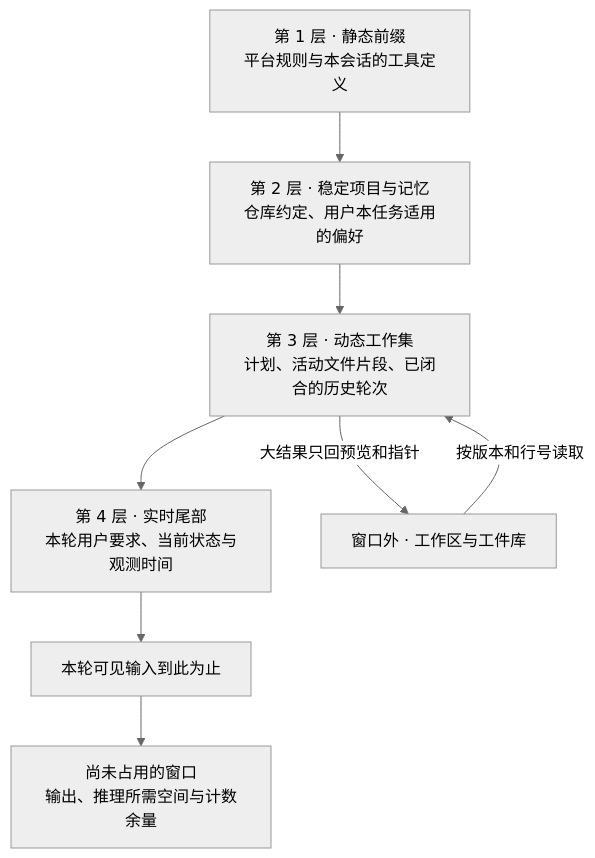
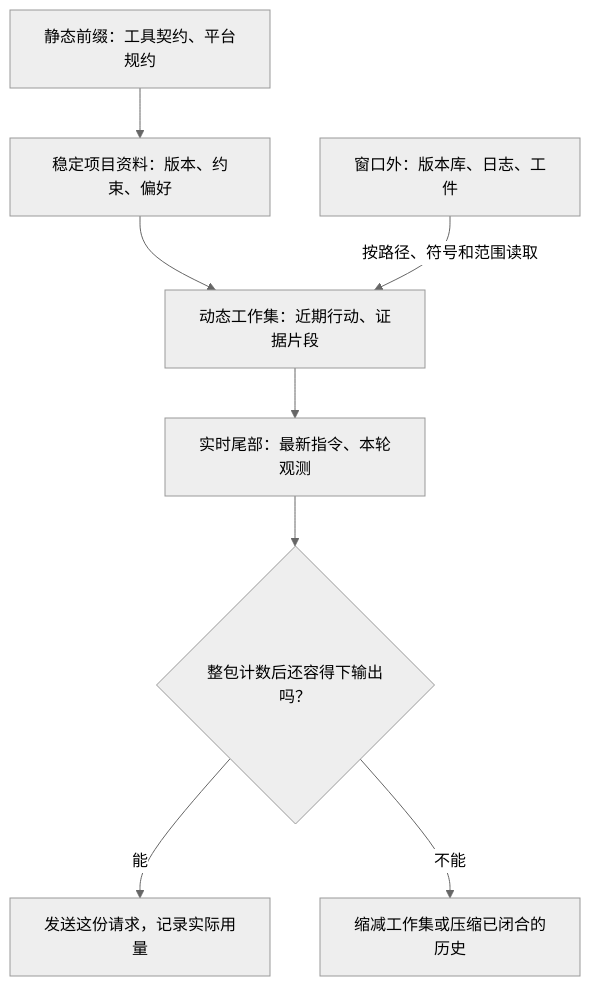
The first of 2 diagrams in 04-context-engineering-and-compaction/01-context-engineering-and-kv-cache.md (echonoshy/agent-engineering-handbook), drawn with Mermaid (neutral theme) before and after one commit. The commit also changed other lines of this file and 21 other files, not shown here.

````diff
--- a/04-context-engineering-and-compaction/01-context-engineering-and-kv-cache.md
+++ b/04-context-engineering-and-compaction/01-context-engineering-and-kv-cache.md
@@ -9,10 +7,10 @@
 ```mermaid
-flowchart TB
-    A["第 1 层 · 静态前缀<br/>平台规则与本会话的工具定义"] --> B["第 2 层 · 稳定项目与记忆<br/>仓库约定、用户本任务适用的偏好"]
-    B --> C["第 3 层 · 动态工作集<br/>计划、活动文件片段、已闭合的历史轮次"]
-    C --> D["第 4 层 · 实时尾部<br/>本轮用户要求、当前状态与观测时间"]
-    D --> E["本轮可见输入到此为止"]
-    E --> F["尚未占用的窗口<br/>输出、推理所需空间与计数余量"]
-    P["窗口外 · 工作区与工件库"] -->|"按版本和行号读取"| C
-    C -->|"大结果只回预览和指针"| P
+flowchart TD
+    A["静态前缀：工具契约、平台规约"] --> B["稳定项目资料：版本、约束、偏好"]
+    B --> C["动态工作集：近期行动、证据片段"]
+    C --> D["实时尾部：最新指令、本轮观测"]
+    F["窗口外：版本库、日志、工件"] -->|"按路径、符号和范围读取"| C
+    D --> E{"整包计数后还容得下输出吗？"}
+    E -->|"能"| G["发送这份请求，记录实际用量"]
+    E -->|"不能"| H["缩减工作集或压缩已闭合的历史"]
 ```
````
